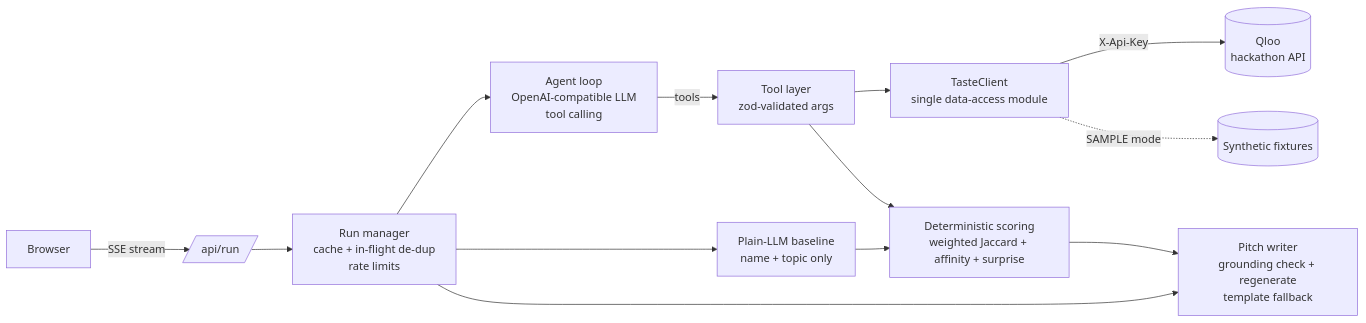
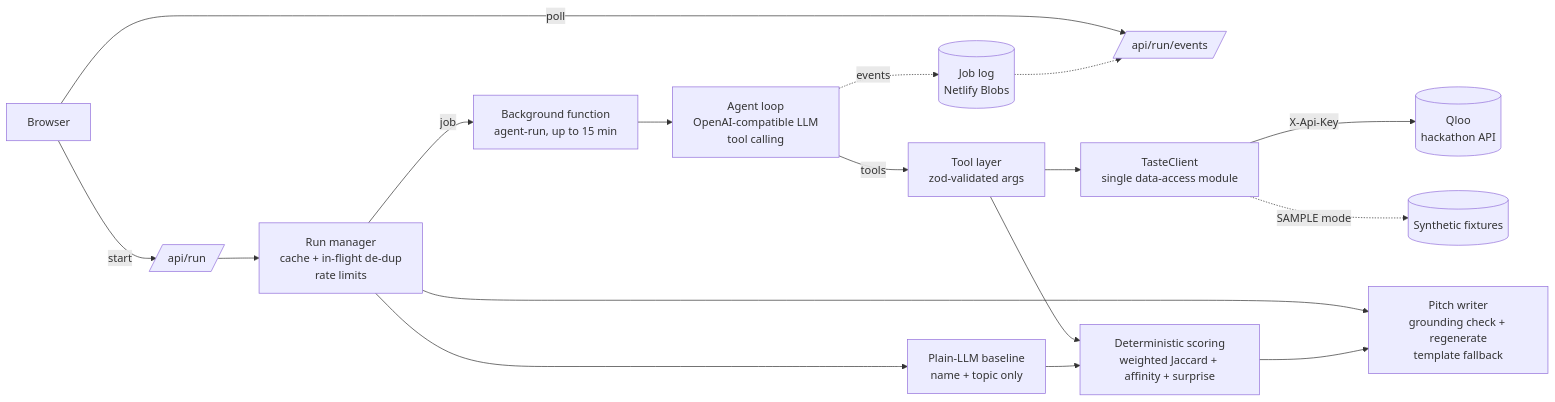
One commit to sarthak-1111/hostread changed the diagram in README.md. Above: the diagram before and after it, drawn with Mermaid. The commit also changed other lines of this file and 2 other files, not shown here.

First line of the commit message:
docs: job-based runs, Netlify deploy, new env vars and design credits

````diff
--- a/README.md
+++ b/README.md
@@ -47,15 +47,19 @@
 ```mermaid
 flowchart LR
-  U[Browser] -- SSE stream --> R[/api/run/]
+  U[Browser] -- start --> R[/api/run/]
+  U -- poll --> E[/api/run/events/]
   R --> RM[Run manager<br/>cache + in-flight de-dup<br/>rate limits]
-  RM --> A[Agent loop<br/>OpenAI-compatible LLM<br/>tool calling]
+  RM -- job --> BG[Background function<br/>agent-run, up to 15 min]
+  BG --> A[Agent loop<br/>OpenAI-compatible LLM<br/>tool calling]
+  A -. events .-> J[(Job log<br/>Netlify Blobs)]
+  J -.-> E
   A -->|tools| T[Tool layer<br/>zod-validated args]
   T --> C[TasteClient<br/>single data-access module]
   C -->|X-Api-Key| Q[(Qloo<br/>hackathon API)]
   C -.SAMPLE mode.-> F[(Synthetic fixtures)]
   T --> S[Deterministic scoring<br/>weighted Jaccard + affinity + surprise]
   RM --> B[Plain-LLM baseline<br/>name + topic only]
   RM --> W[Pitch writer<br/>grounding check + regenerate<br/>template fallback]
   B --> S
   S --> W
 ```
````
